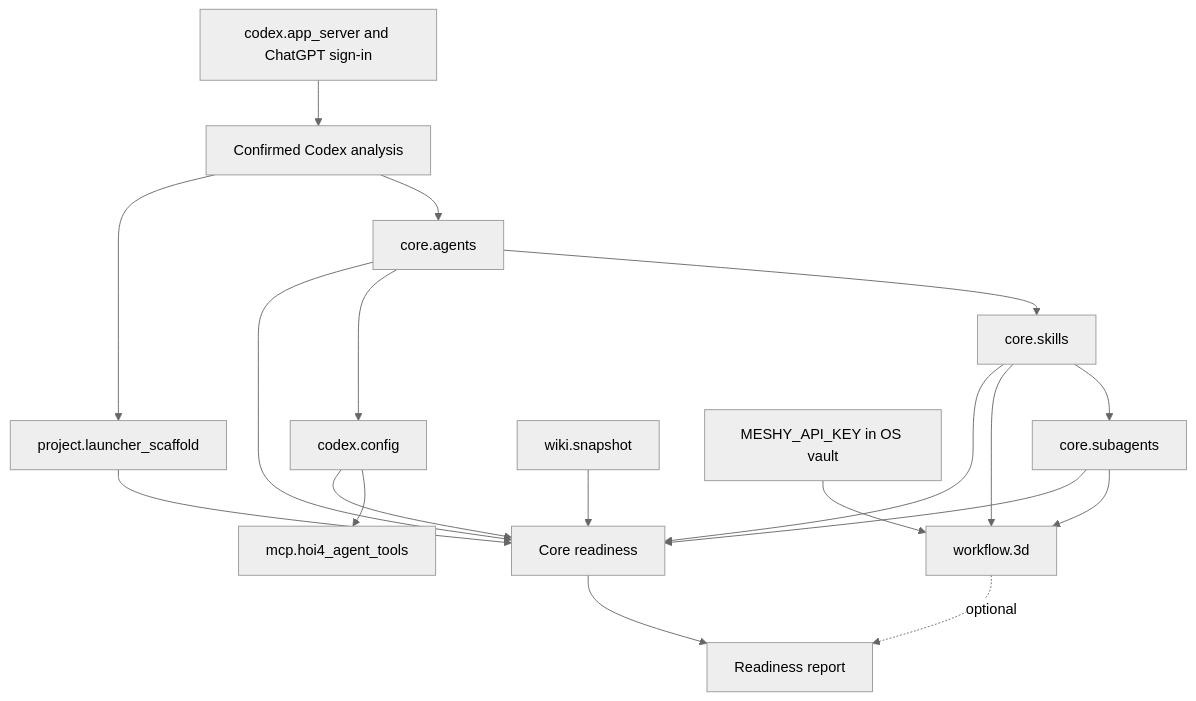
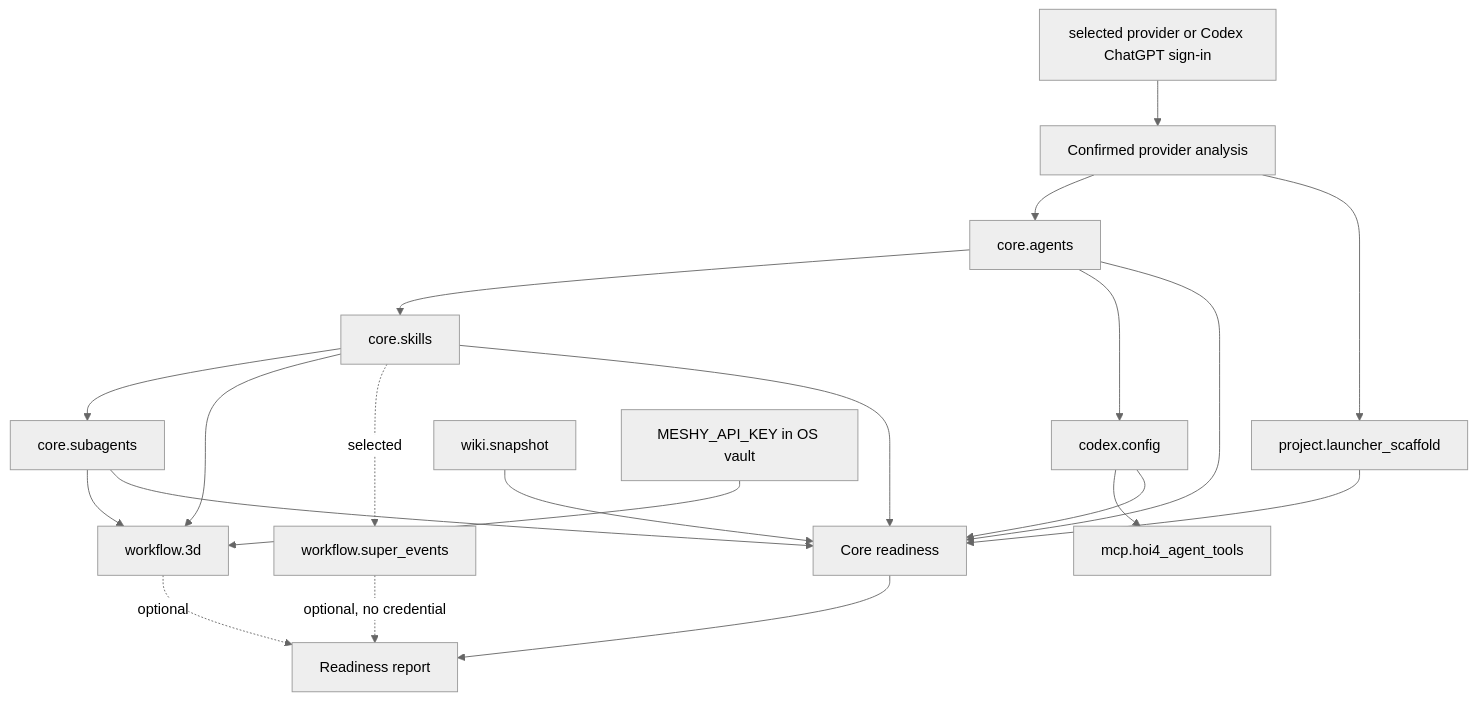
Before and after one commit to klimPaskov/HOI4-Mod-Setup: the third of 4 diagrams in docs/19_mermaid_diagrams.md, drawn with Mermaid (neutral theme). The commit also changed other lines of this file and 345 other files, not shown here.

````diff
--- a/docs/19_mermaid_diagrams.md
+++ b/docs/19_mermaid_diagrams.md
@@ -51,22 +52,24 @@
 ```mermaid
 flowchart TD
-  AUTH[codex.app_server and ChatGPT sign-in] --> ANALYSIS[Confirmed Codex analysis]
+  AUTH[selected provider or Codex ChatGPT sign-in] --> ANALYSIS[Confirmed provider analysis]
   ANALYSIS --> AG[core.agents]
   ANALYSIS --> LAUNCH[project.launcher_scaffold]
   AG --> SK[core.skills]
   SK --> SA[core.subagents]
   AG --> CX[codex.config]
   CX --> MCP[mcp.hoi4_agent_tools]
   W[wiki.snapshot]
   SK --> D3[workflow.3d]
   SA --> D3
   KEY[MESHY_API_KEY in OS vault] --> D3
+  SK -. selected .-> SE[workflow.super_events]
   AG --> READY[Core readiness]
   LAUNCH --> READY
   SK --> READY
   SA --> READY
   CX --> READY
   W --> READY
   D3 -. optional .-> REPORT[Readiness report]
+  SE -. optional, no credential .-> REPORT
   READY --> REPORT
 ```
````
